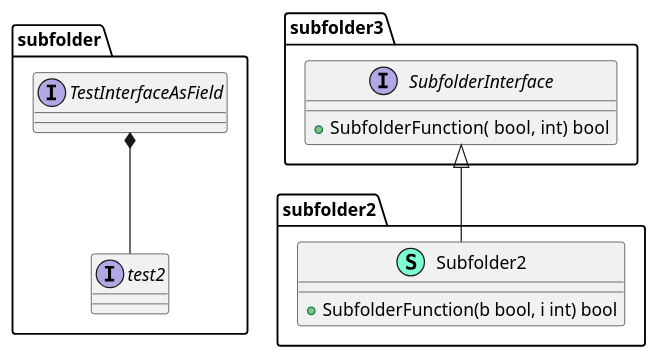
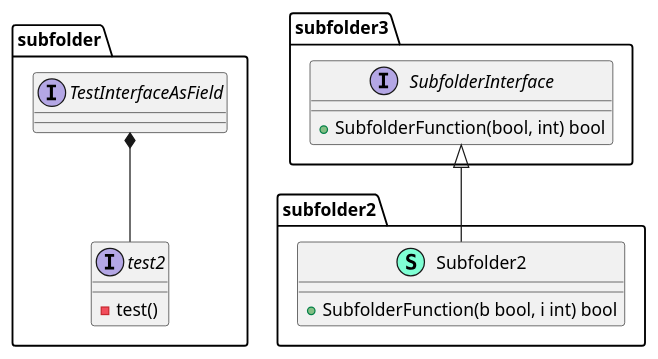
One commit to keisuke-m123/godiagramgen changed the diagram in testingsupport/subfolder1-3.puml. Above: the diagram before and after it, drawn with PlantUML. The commit also changed 62 other files, not shown here.

Commit message:
refactor:gocodeに処理を移動 / feat: package図の生成機能を追加 (#8)

```diff
--- a/testingsupport/subfolder1-3.puml
+++ b/testingsupport/subfolder1-3.puml
@@ -1,31 +1,21 @@
 @startuml
 namespace subfolder {
-    interface TestInterfaceAsField  {
+    interface TestInterfaceAsField {
     }
-    interface test2  {
+    interface test2 {
+        - test() 
     }
 }
 "subfolder.TestInterfaceAsField" *-- "subfolder.test2"
-
-
-
 namespace subfolder2 {
-    class Subfolder2 << (S,Aquamarine) >> {
+    class "Subfolder2"  << (S,  7fffd4ff)  >> {
         + SubfolderFunction(b bool, i int) bool
-
     }
 }
-
 "subfolder3.SubfolderInterface" <|-- "subfolder2.Subfolder2"
-
-
 namespace subfolder3 {
-    interface SubfolderInterface  {
-        + SubfolderFunction( bool,  int) bool
-
+    interface SubfolderInterface {
+        + SubfolderFunction(bool, int) bool
     }
 }
-
-
-
 @enduml
```
